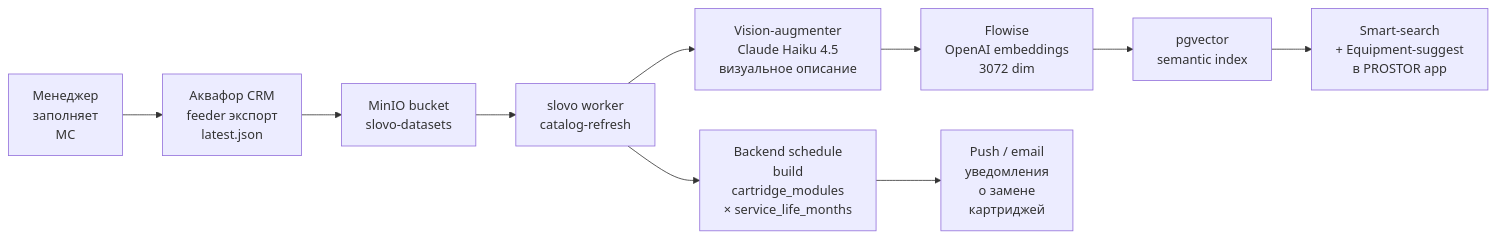
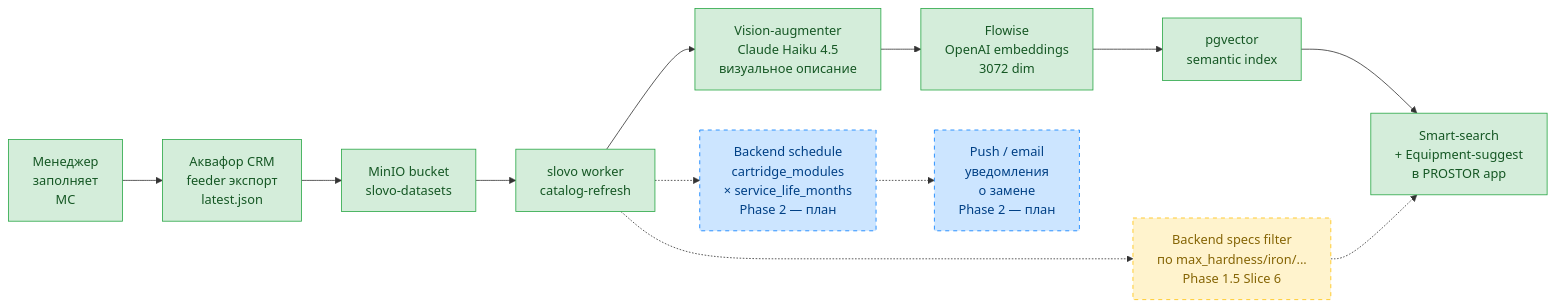
Before and after one commit to Pelmenya/slovo: the diagram in docs/management/erp-product-card-guidelines.md, drawn with Mermaid. The commit also changed other lines of this file, not shown here.

````diff
--- a/docs/management/erp-product-card-guidelines.md
+++ b/docs/management/erp-product-card-guidelines.md
@@ -772,12 +819,21 @@
 ```mermaid
 flowchart LR
     A[Менеджер<br/>заполняет<br/>МС] --> B[Аквафор CRM<br/>feeder экспорт<br/>latest.json]
     B --> C[MinIO bucket<br/>slovo-datasets]
     C --> D[slovo worker<br/>catalog-refresh]
     D --> E[Vision-augmenter<br/>Claude Haiku 4.5<br/>визуальное описание]
     E --> F[Flowise<br/>OpenAI embeddings<br/>3072 dim]
     F --> G[pgvector<br/>semantic index]
     G --> H[Smart-search<br/>+ Equipment-suggest<br/>в PROSTOR app]
-    D --> I[Backend schedule<br/>build<br/>cartridge_modules<br/>× service_life_months]
-    I --> J[Push / email<br/>уведомления<br/>о замене<br/>картриджей]
+    D -.-> I[Backend specs filter<br/>по max_hardness/iron/...<br/>Phase 1.5 Slice 6]
+    I -.-> H
+    D -.-> J[Backend schedule<br/>cartridge_modules<br/>× service_life_months<br/>Phase 2 — план]
+    J -.-> K[Push / email<br/>уведомления<br/>о замене<br/>Phase 2 — план]
+
+    classDef phase1 fill:#d4edda,stroke:#28a745,color:#155724
+    classDef phase15 fill:#fff3cd,stroke:#ffc107,color:#856404,stroke-dasharray: 5 5
+    classDef phase2 fill:#cce5ff,stroke:#007bff,color:#004085,stroke-dasharray: 5 5
+    class A,B,C,D,E,F,G,H phase1
+    class I phase15
+    class J,K phase2
 ```
````
